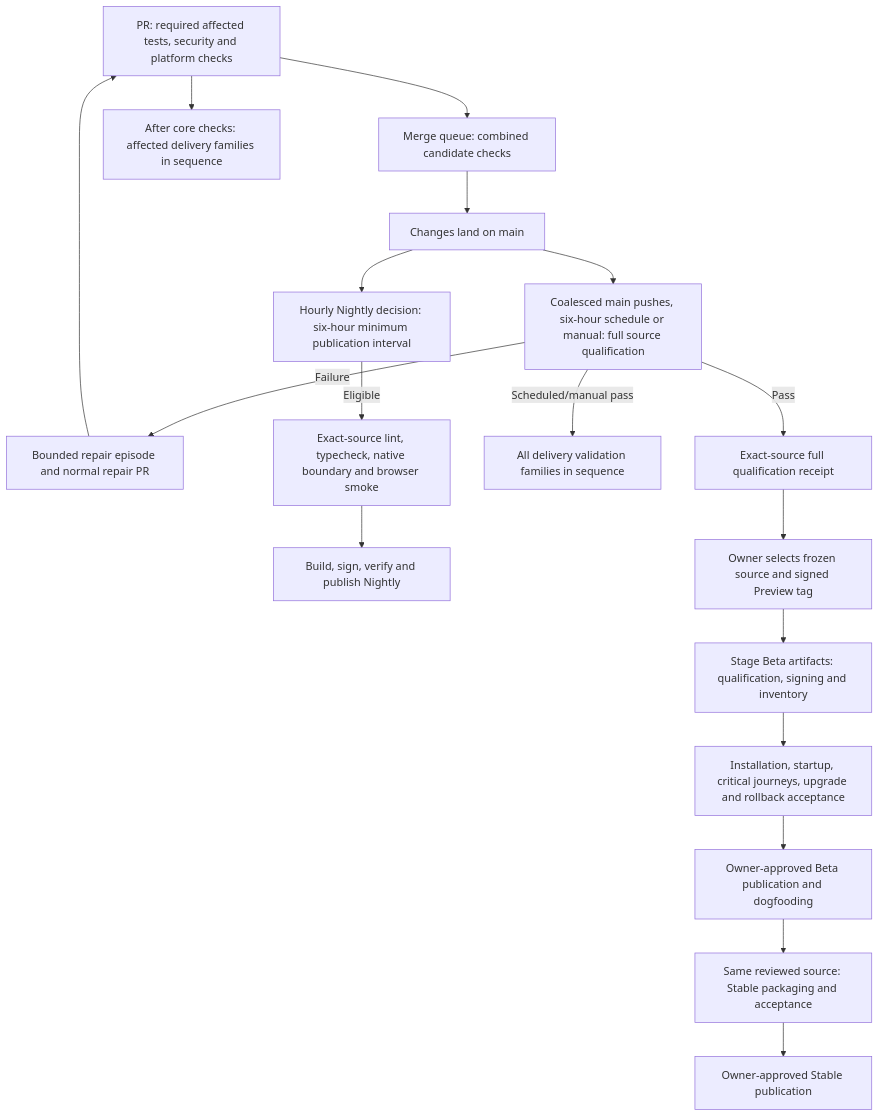
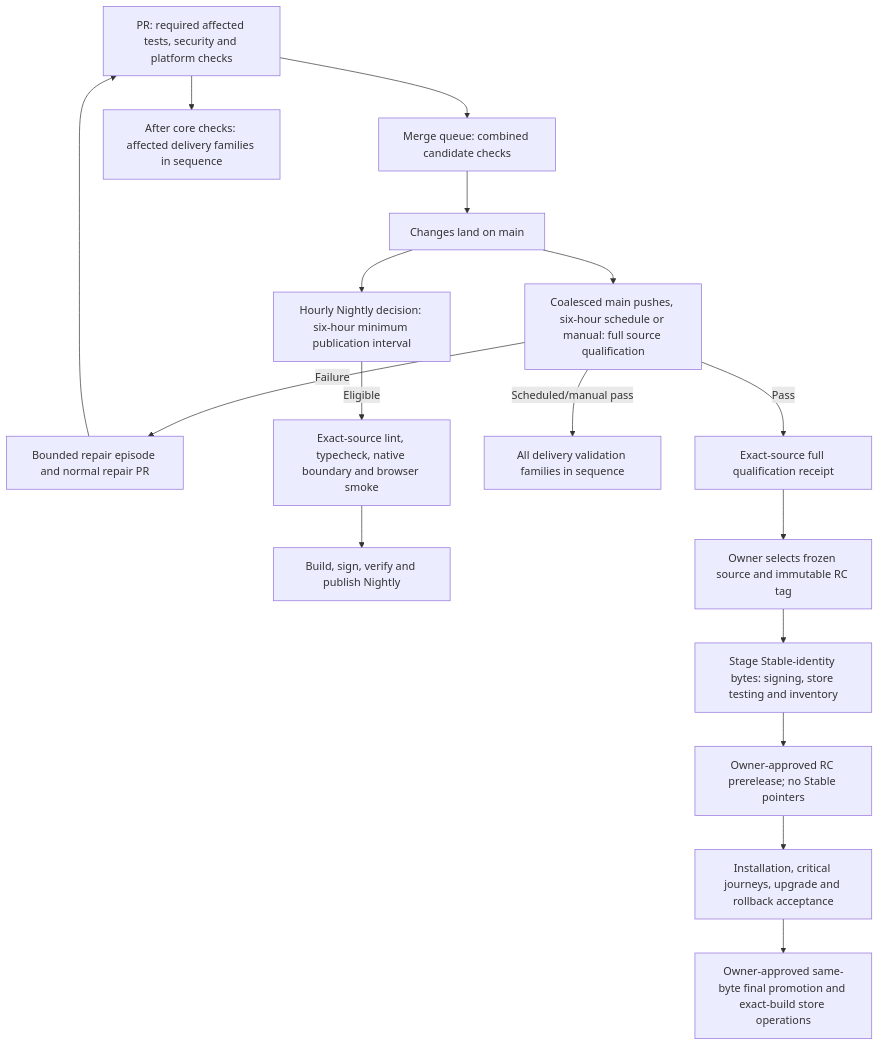
Before and after one commit to kontourai/station: the diagram in docs/guides/releasing.md, drawn with Mermaid. The commit also changed other lines of this file and 70 other files, not shown here.

````diff
--- a/docs/guides/releasing.md
+++ b/docs/guides/releasing.md
@@ -20,20 +22,19 @@
 ```mermaid
 flowchart TD
     PR["PR: required affected tests, security and platform checks"] --> MQ["Merge queue: combined candidate checks"]
     PR --> OPTIONAL["After core checks: affected delivery families in sequence"]
     MQ --> MAIN["Changes land on main"]
     MAIN --> Q["Coalesced main pushes, six-hour schedule or manual: full source qualification"]
     Q -->|Failure| REPAIR["Bounded repair episode and normal repair PR"]
     REPAIR --> PR
     Q -->|Pass| RECEIPT["Exact-source full qualification receipt"]
     Q -->|Scheduled/manual pass| DELIVERY["All delivery validation families in sequence"]
     MAIN --> DECIDE["Hourly Nightly decision: six-hour minimum publication interval"]
     DECIDE -->|Eligible| SMOKE["Exact-source lint, typecheck, native boundary and browser smoke"]
     SMOKE --> NIGHTLY["Build, sign, verify and publish Nightly"]
-    RECEIPT --> PREVIEW["Owner selects frozen source and signed Preview tag"]
-    PREVIEW --> STAGE["Stage Beta artifacts: qualification, signing and inventory"]
-    STAGE --> ACCEPT["Installation, startup, critical journeys, upgrade and rollback acceptance"]
-    ACCEPT --> BETA["Owner-approved Beta publication and dogfooding"]
-    BETA --> STABLE["Same reviewed source: Stable packaging and acceptance"]
-    STABLE --> PUBLISH["Owner-approved Stable publication"]
+    RECEIPT --> RC["Owner selects frozen source and immutable RC tag"]
+    RC --> STAGE["Stage Stable-identity bytes: signing, store testing and inventory"]
+    STAGE --> PRERELEASE["Owner-approved RC prerelease; no Stable pointers"]
+    PRERELEASE --> ACCEPT["Installation, critical journeys, upgrade and rollback acceptance"]
+    ACCEPT --> PUBLISH["Owner-approved same-byte final promotion and exact-build store operations"]
 ```
````
